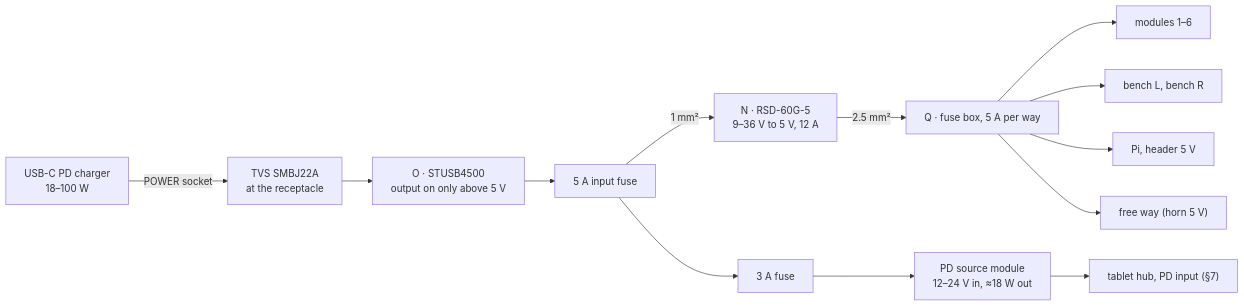
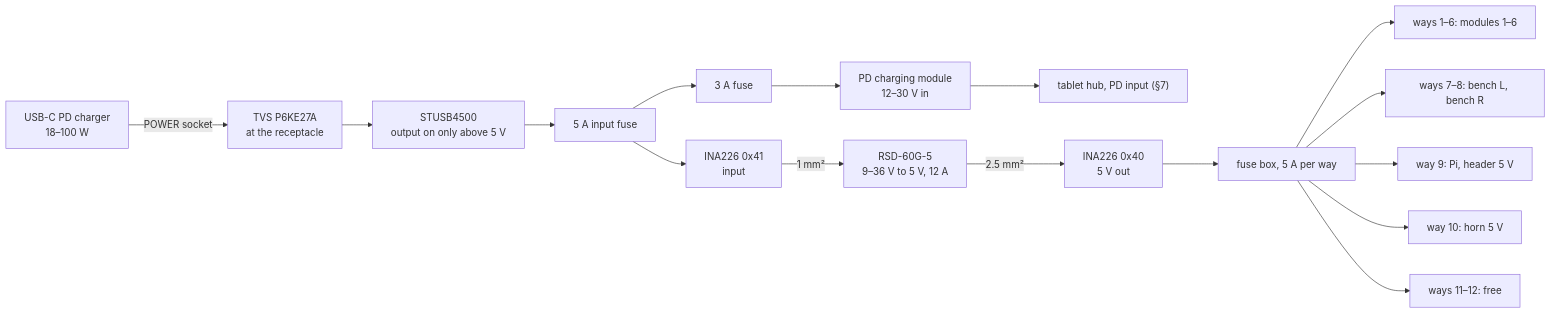
Before and after one commit to Lucanepa/point-hub: the second of 3 diagrams in docs/diy-panel/BUILD.md, drawn with Mermaid. The commit also changed other lines of this file and 5 other files, not shown here.

````diff
--- a/docs/diy-panel/BUILD.md
+++ b/docs/diy-panel/BUILD.md
@@ -237,15 +449,18 @@
 ```mermaid
 graph LR
-  CH["USB-C PD charger<br/>18–100 W"] -->|POWER socket| TVS["TVS SMBJ22A<br/>at the receptacle"]
-  TVS --> O["O · STUSB4500<br/>output on only above 5 V"]
+  CH["USB-C PD charger<br/>18–100 W"] -->|POWER socket| TVS["TVS P6KE27A<br/>at the receptacle"]
+  TVS --> O["STUSB4500<br/>output on only above 5 V"]
   O --> F5["5 A input fuse"]
-  F5 -->|"1 mm²"| N["N · RSD-60G-5<br/>9–36 V to 5 V, 12 A"]
+  F5 --> INI["INA226 0x41<br/>input"]
+  INI -->|"1 mm²"| N["RSD-60G-5<br/>9–36 V to 5 V, 12 A"]
   F5 --> F3["3 A fuse"]
-  F3 --> PDS["PD source module<br/>12–24 V in, ≈18 W out"]
+  F3 --> PDS["PD charging module<br/>12–30 V in"]
   PDS --> HUB["tablet hub, PD input (§7)"]
-  N -->|"2.5 mm²"| Q["Q · fuse box, 5 A per way"]
-  Q --> MOD["modules 1–6"]
-  Q --> BEN["bench L, bench R"]
-  Q --> PI["Pi, header 5 V"]
-  Q --> FREE["free way (horn 5 V)"]
+  N -->|"2.5 mm²"| INO["INA226 0x40<br/>5 V out"]
+  INO --> Q["fuse box, 5 A per way"]
+  Q --> MOD["ways 1–6: modules 1–6"]
+  Q --> BEN["ways 7–8: bench L, bench R"]
+  Q --> PI["way 9: Pi, header 5 V"]
+  Q --> HORN["way 10: horn 5 V"]
+  Q --> FREE["ways 11–12: free"]
 ```
````
